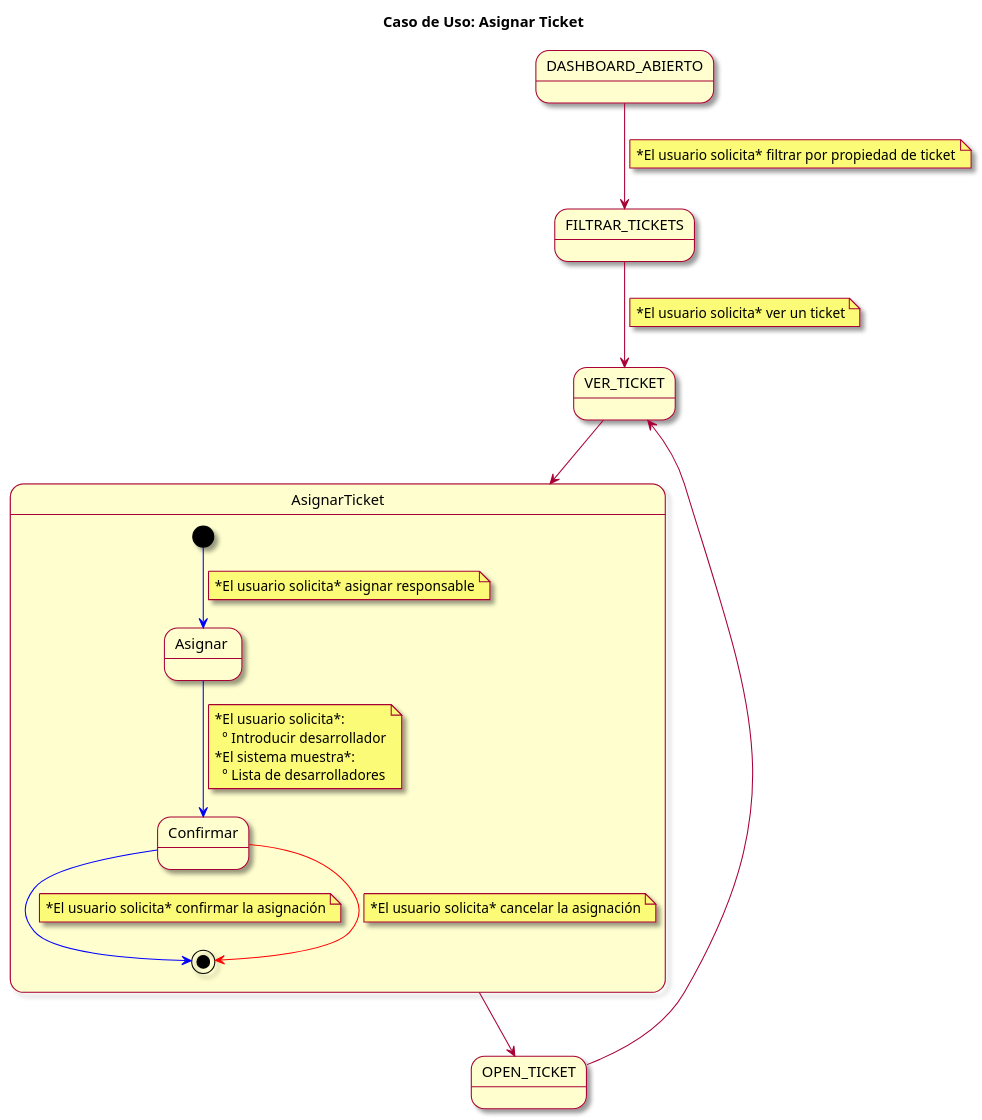
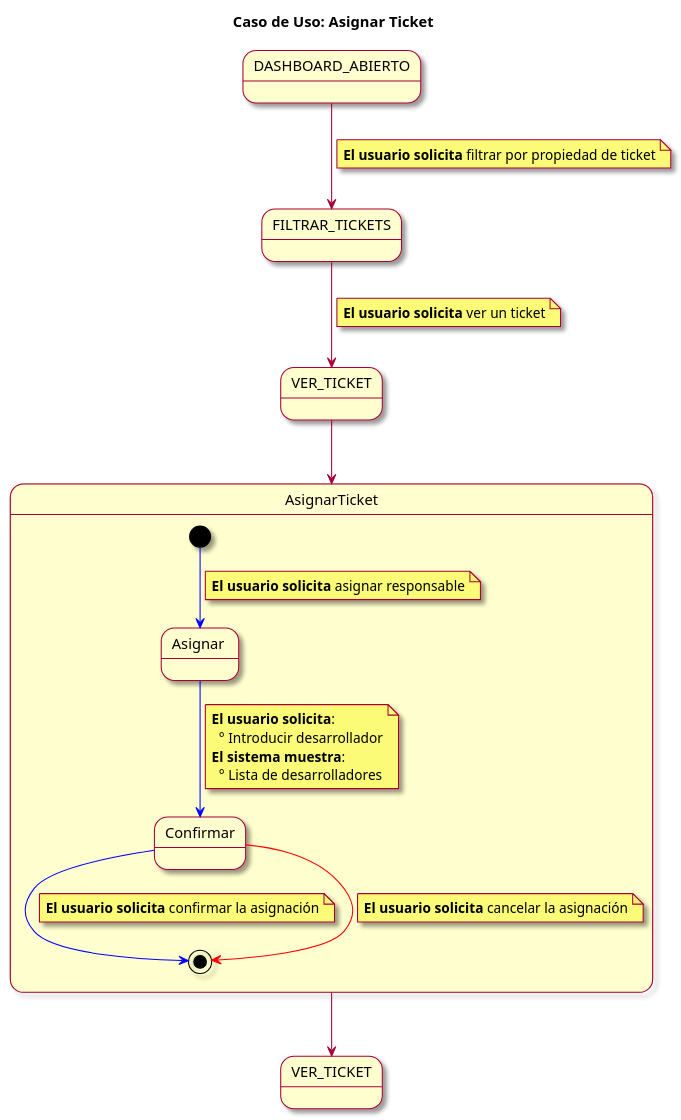
Before and after one commit to mmasias/23-24-IdSw1-SDR: the diagram in modelosUML/CasosDeUsos/CasosDetallados/AsignarTicket.puml, drawn with PlantUML. The commit also changed 2 other files, not shown here.

Commit message:
fix: Correccion de diagramas e imagenes

```diff
--- a/modelosUML/CasosDeUsos/CasosDetallados/AsignarTicket.puml
+++ b/modelosUML/CasosDeUsos/CasosDetallados/AsignarTicket.puml
@@ -1,39 +1,39 @@
 @startuml
 skin rose
 title Caso de Uso: Asignar Ticket
 
 state DASHBOARD_ABIERTO
 state VER_TICKET
 state FILTRAR_TICKETS
-state OPEN_TICKET
+state "VER_TICKET" as OPEN_TICKET2
 
 DASHBOARD_ABIERTO --> FILTRAR_TICKETS
-note on link: *El usuario solicita* filtrar por propiedad de ticket
+note on link: **El usuario solicita** filtrar por propiedad de ticket
 FILTRAR_TICKETS --> VER_TICKET
-note on link: *El usuario solicita* ver un ticket
+note on link: **El usuario solicita** ver un ticket
 VER_TICKET --> AsignarTicket
-AsignarTicket --> OPEN_TICKET
-OPEN_TICKET --> VER_TICKET
+AsignarTicket --> OPEN_TICKET2
+
 
 state AsignarTicket {
 
   [*] -[#blue]-> ingresarVerTicket
-  note on link: *El usuario solicita* asignar responsable
+  note on link: **El usuario solicita** asignar responsable
   state "Asignar " as ingresarVerTicket
   ingresarVerTicket -[#blue]-> confirmarAsignacion
 note on link 
-*El usuario solicita*: 
+**El usuario solicita**: 
   ° Introducir desarrollador
-*El sistema muestra*: 
+**El sistema muestra**: 
   ° Lista de desarrolladores
 end note
   state "Confirmar" as confirmarAsignacion
   confirmarAsignacion -[#blue]-> [*]
-  note on link: *El usuario solicita* confirmar la asignación
+  note on link: **El usuario solicita** confirmar la asignación
     
   confirmarAsignacion -[#red]-> [*]
-  note on link: *El usuario solicita* cancelar la asignación
+  note on link: **El usuario solicita** cancelar la asignación
 
     
 }
 @enduml
```
